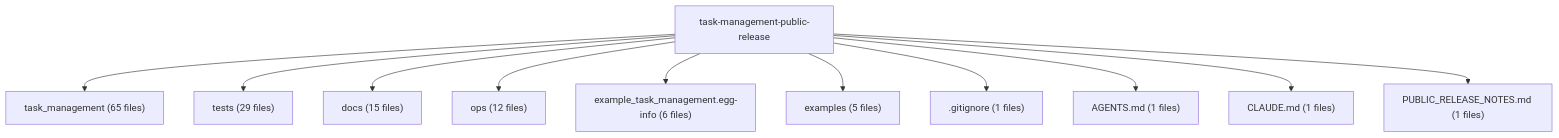
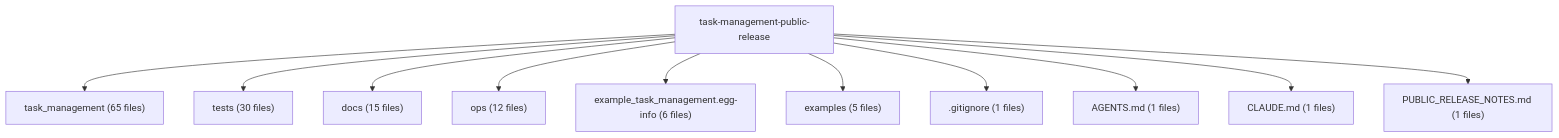
The diagram in docs/codeboarding/architecture.md (KOBIC-KBDS/task-management-clean-public), drawn with Mermaid before and after one commit. The commit also changed other lines of this file and 22 other files, not shown here.

````diff
--- a/docs/codeboarding/architecture.md
+++ b/docs/codeboarding/architecture.md
@@ -9,24 +9,24 @@
 ```mermaid
 flowchart TD
   repo["task-management-public-release"]
   module_task_management["task_management (65 files)"]
   repo --> module_task_management
-  module_tests["tests (29 files)"]
+  module_tests["tests (30 files)"]
   repo --> module_tests
   module_docs["docs (15 files)"]
   repo --> module_docs
   module_ops["ops (12 files)"]
   repo --> module_ops
   module_example_task_management_egg_info["example_task_management.egg-info (6 files)"]
   repo --> module_example_task_management_egg_info
   module_examples["examples (5 files)"]
   repo --> module_examples
   module_gitignore[".gitignore (1 files)"]
   repo --> module_gitignore
   module_AGENTS_md["AGENTS.md (1 files)"]
   repo --> module_AGENTS_md
   module_CLAUDE_md["CLAUDE.md (1 files)"]
   repo --> module_CLAUDE_md
   module_PUBLIC_RELEASE_NOTES_md["PUBLIC_RELEASE_NOTES.md (1 files)"]
   repo --> module_PUBLIC_RELEASE_NOTES_md
 ```
````
